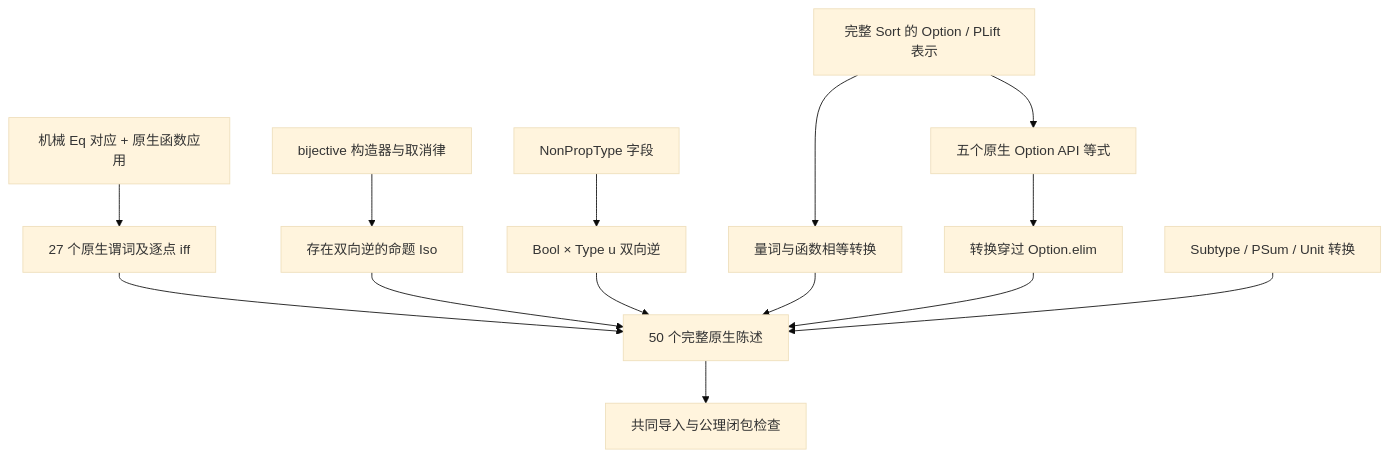
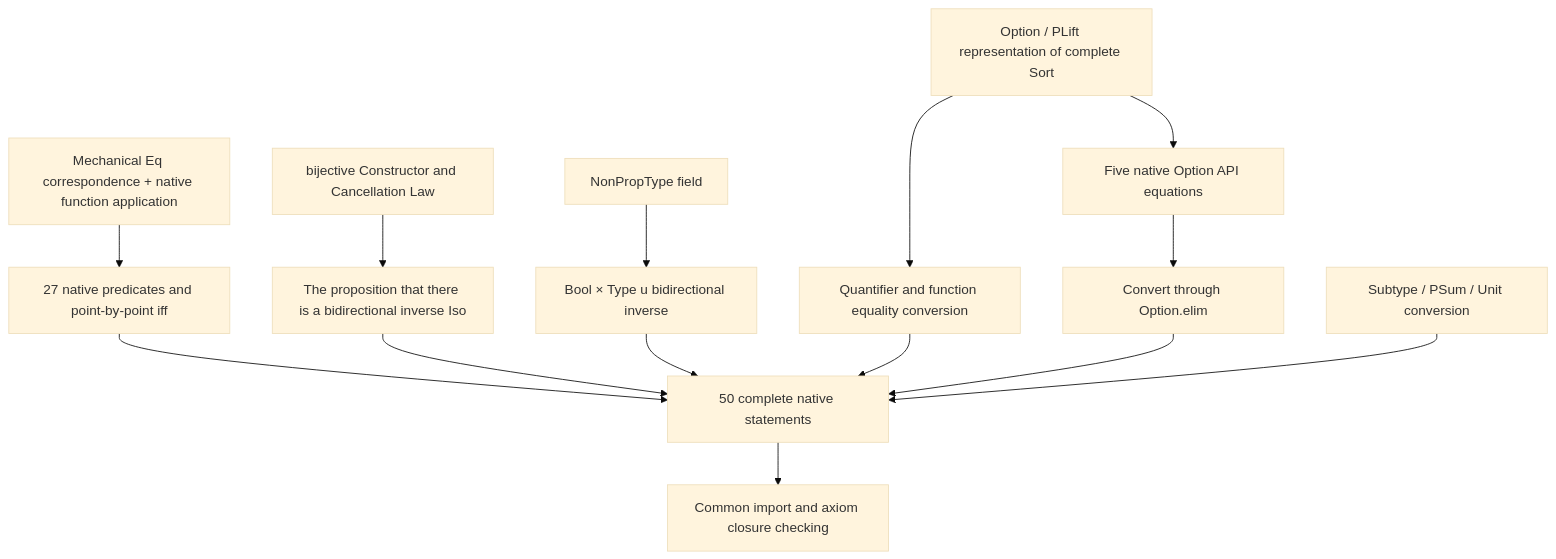
The fourth of 26 diagrams in experiments/incremental-correspondence-20261019/DAG.md (jackooo-dddd/rocq-core), drawn with Mermaid (base theme) before and after one commit. The commit also changed other lines of this file and 701 other files, not shown here.

````diff
--- a/experiments/incremental-correspondence-20261019/DAG.md
+++ b/experiments/incremental-correspondence-20261019/DAG.md
@@ -257,16 +257,16 @@
 ```mermaid
 flowchart TD
-  A["机械 Eq 对应 + 原生函数应用"] --> B["27 个原生谓词及逐点 iff"]
-  C["bijective 构造器与取消律"] --> D["存在双向逆的命题 Iso"]
-  E["NonPropType 字段"] --> F["Bool × Type u 双向逆"]
-  G["完整 Sort 的 Option / PLift 表示"] --> H["五个原生 Option API 等式"]
-  G --> I["量词与函数相等转换"]
-  H --> J["转换穿过 Option.elim"]
-  B --> K["50 个完整原生陈述"]
+  A["Mechanical Eq correspondence + native function application"] --> B["27 native predicates and point-by-point iff"]
+  C["bijective Constructor and Cancellation Law"] --> D["The proposition that there is a bidirectional inverse Iso"]
+  E["NonPropType field"] --> F["Bool × Type u bidirectional inverse"]
+  G["Option / PLift representation of complete Sort"] --> H["Five native Option API equations"]
+  G --> I["Quantifier and function equality conversion"]
+  H --> J["Convert through Option.elim"]
+  B --> K["50 complete native statements"]
   D --> K
   F --> K
   I --> K
   J --> K
-  L["Subtype / PSum / Unit 转换"] --> K
-  K --> M["共同导入与公理闭包检查"]
+  L["Subtype / PSum / Unit conversion"] --> K
+  K --> M["Common import and axiom closure checking"]
 ```
````
